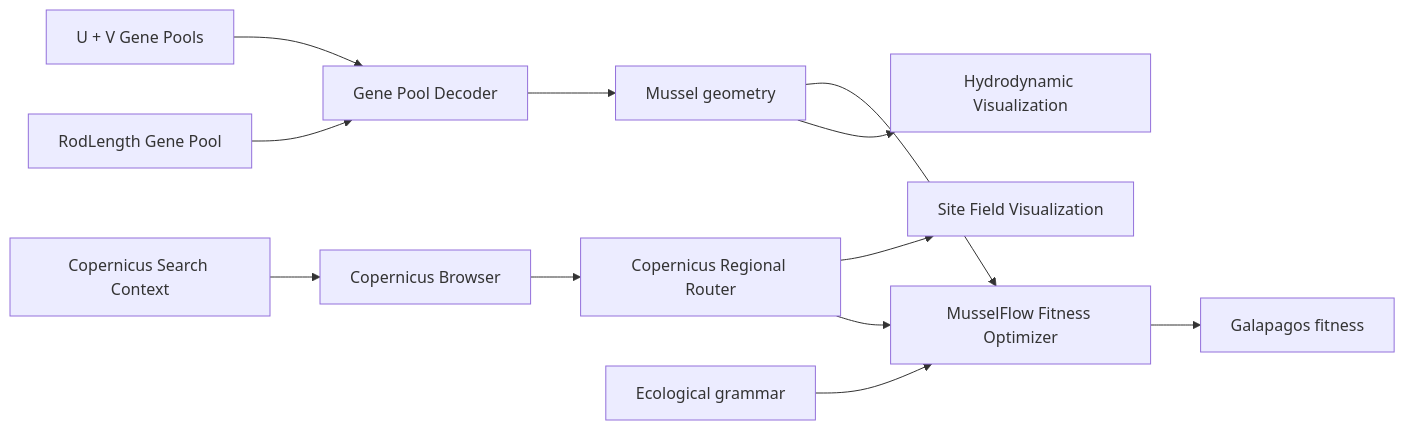
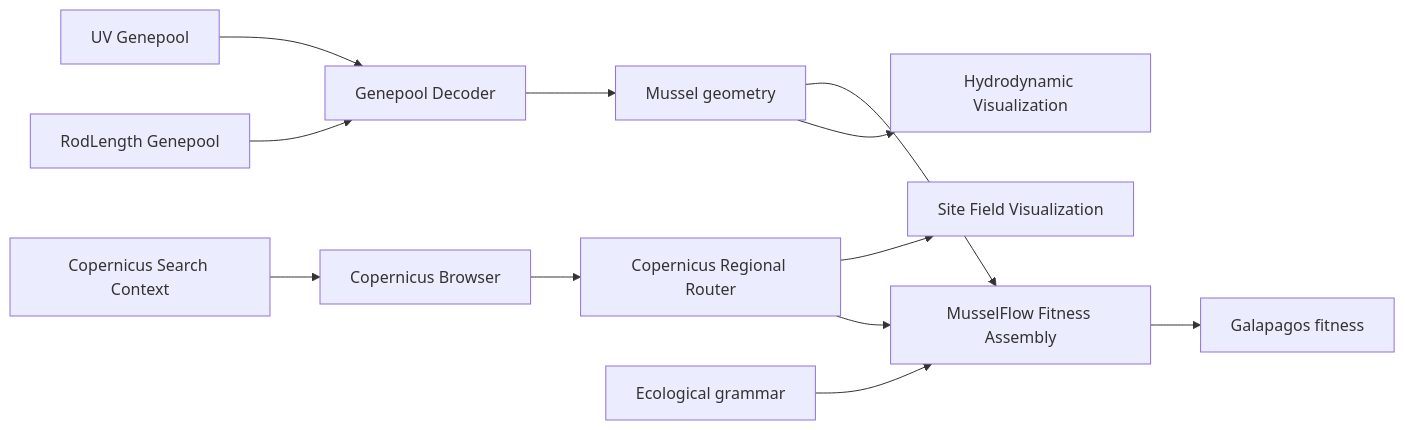
The diagram in README.md (leluxIceIce/oyster-mussel-farm-plugin), drawn with Mermaid before and after one commit.

````diff
--- a/README.md
+++ b/README.md
@@ -7,17 +7,17 @@
 ```mermaid
 flowchart LR
-  UV["U + V Gene Pools"] --> D["Gene Pool Decoder"]
-  RL["RodLength Gene Pool"] --> D
+  UV["UV Genepool"] --> D["Genepool Decoder"]
+  RL["RodLength Genepool"] --> D
   D --> G["Mussel geometry"]
 
-  G --> O["MusselFlow Fitness Optimizer"]
+  G --> O["MusselFlow Fitness Assembly"]
   G --> V["Hydrodynamic Visualization"]
 
   C["Copernicus Search Context"] --> B["Copernicus Browser"]
   B --> S["Copernicus Regional Router"]
   S --> F["Site Field Visualization"]
   S --> O
 
   E["Ecological grammar"] --> O
   O --> GA["Galapagos fitness"]
 ```
````
